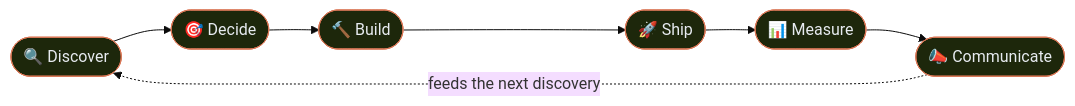
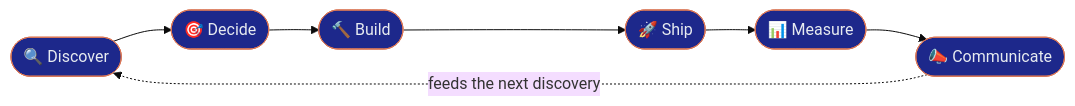
The diagram in README.md (mohitagw15856/pm-claude-skills), drawn with Mermaid (base theme) before and after one commit. The commit also changed other lines of this file and 5 other files, not shown here.

````diff
--- a/README.md
+++ b/README.md
@@ -161,7 +161,7 @@
 ```mermaid
 flowchart LR
     A(["🔍 Discover"]) --> B(["🎯 Decide"]) --> C(["🔨 Build"]) --> D(["🚀 Ship"]) --> E(["📊 Measure"]) --> F(["📣 Communicate"])
     F -. "feeds the next discovery" .-> A
-    classDef s fill:#1d270b,stroke:#d97757,color:#e7ebf0;
+    classDef s fill:#1d288b,stroke:#d97757,color:#e7ebf0;
     class A,B,C,D,E,F s;
 ```
````
